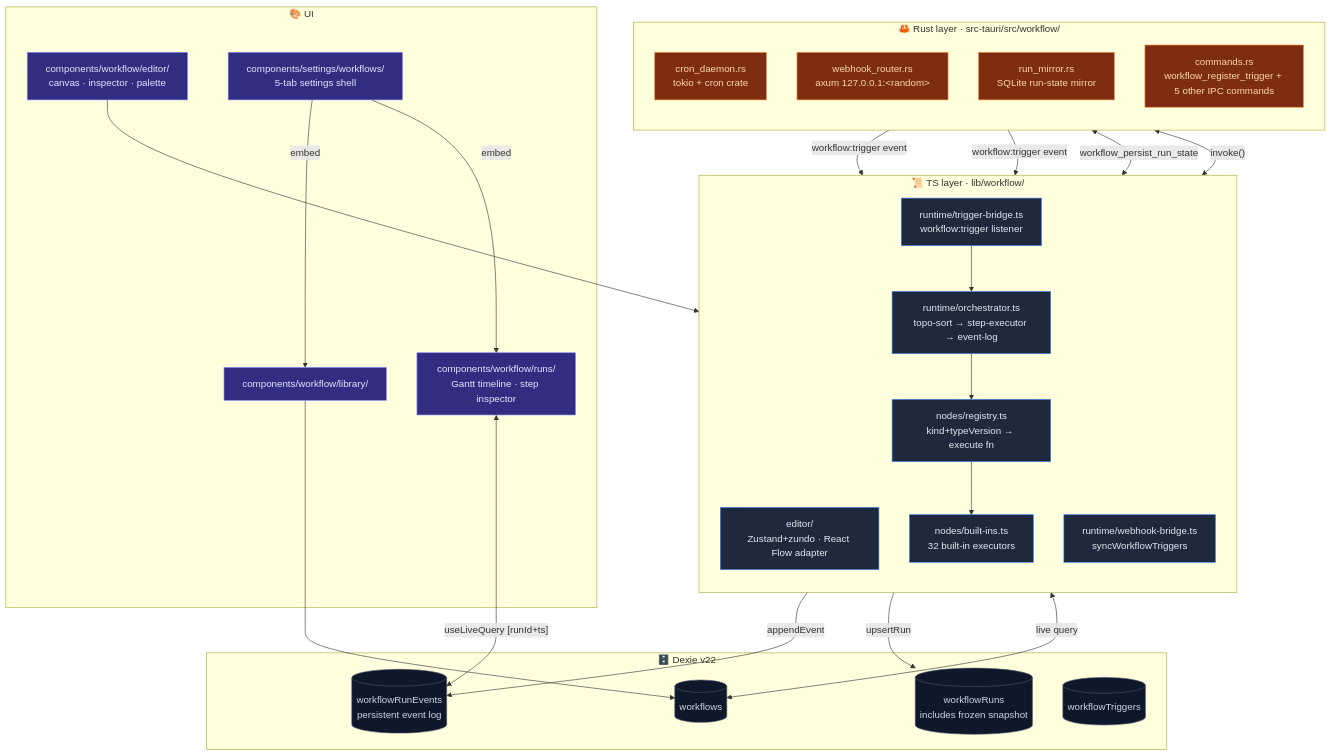
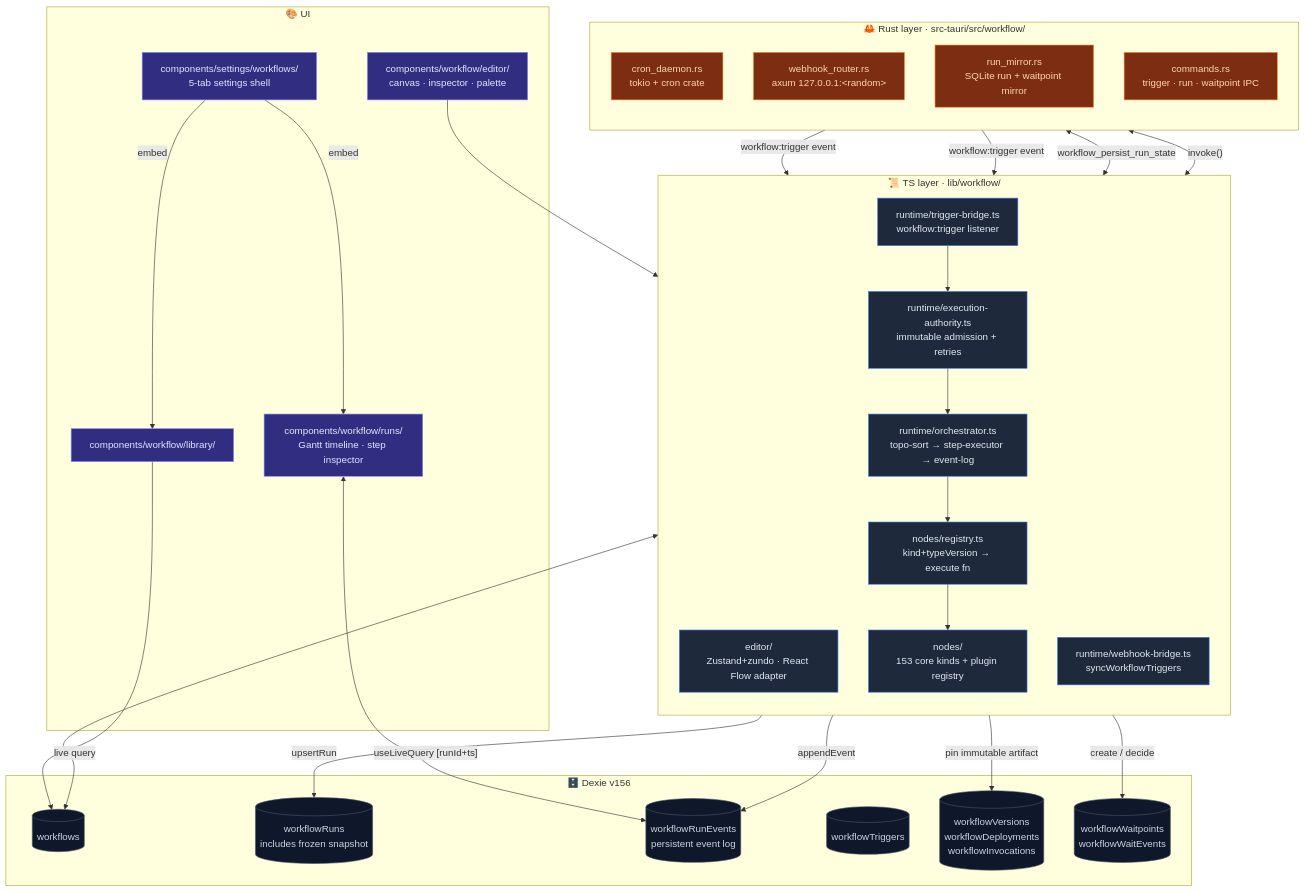
The first of 2 diagrams in docs/content/docs/en/subsystems/visual-workflows.mdx (MaxQian888/cognia-next), drawn with Mermaid before and after one commit. The commit also changed other lines of this file and 93 other files, not shown here.

First line of the commit message:
feat(workflow): persist governed execution state

````diff
--- a/docs/content/docs/en/subsystems/visual-workflows.mdx
+++ b/docs/content/docs/en/subsystems/visual-workflows.mdx
@@ -52,61 +55,67 @@
 ```mermaid
 flowchart TB
   subgraph Rust["🦀 Rust layer · src-tauri/src/workflow/"]
     direction TB
     Cron[cron_daemon.rs<br/>tokio + cron crate]
     Webhook[webhook_router.rs<br/>axum 127.0.0.1:&lt;random&gt;]
-    Mirror[run_mirror.rs<br/>SQLite run-state mirror]
-    Commands[commands.rs<br/>workflow_register_trigger + 5 other IPC commands]
+    Mirror[run_mirror.rs<br/>SQLite run + waitpoint mirror]
+    Commands[commands.rs<br/>trigger · run · waitpoint IPC]
   end
 
   subgraph TS["📜 TS layer · lib/workflow/"]
     direction TB
     Editor[editor/<br/>Zustand+zundo · React Flow adapter]
     Orchestrator[runtime/orchestrator.ts<br/>topo-sort → step-executor → event-log]
+    Authority[runtime/execution-authority.ts<br/>immutable admission + retries]
     Registry[nodes/registry.ts<br/>kind+typeVersion → execute fn]
-    BuiltIns[nodes/built-ins.ts<br/>32 built-in executors]
+    BuiltIns[nodes/<br/>153 core kinds + plugin registry]
     Bridge[runtime/trigger-bridge.ts<br/>workflow:trigger listener]
     WebhookBridge[runtime/webhook-bridge.ts<br/>syncWorkflowTriggers]
   end
 
-  subgraph Storage["🗄️ Dexie v22"]
+  subgraph Storage["🗄️ Dexie v156"]
     Workflows[(workflows)]
     Runs[(workflowRuns<br/>includes frozen snapshot)]
     Events[(workflowRunEvents<br/>persistent event log)]
     Triggers[(workflowTriggers)]
+    Versions[(workflowVersions<br/>workflowDeployments<br/>workflowInvocations)]
+    Waitpoints[(workflowWaitpoints<br/>workflowWaitEvents)]
   end
 
   subgraph UI["🎨 UI"]
     Canvas[components/workflow/editor/<br/>canvas · inspector · palette]
     Library[components/workflow/library/]
     Runs2[components/workflow/runs/<br/>Gantt timeline · step inspector]
     Settings[components/settings/workflows/<br/>5-tab settings shell]
   end
 
   Cron -- "workflow:trigger event" --> Bridge
   Webhook -- "workflow:trigger event" --> Bridge
   Mirror <-- "workflow_persist_run_state" --> Orchestrator
   Commands <-- "invoke()" --> WebhookBridge
 
-  Bridge --> Orchestrator
+  Bridge --> Authority
+  Authority --> Orchestrator
   Orchestrator --> Registry
   Registry --> BuiltIns
   Orchestrator -- "appendEvent" --> Events
   Orchestrator -- "upsertRun" --> Runs
+  Authority -- "pin immutable artifact" --> Versions
+  Orchestrator -- "create / decide" --> Waitpoints
   Editor <-- "live query" --> Workflows
   Runs2 <-- "useLiveQuery [runId+ts]" --> Events
 
   Canvas --> Editor
   Library --> Workflows
   Settings -- "embed" --> Library
   Settings -- "embed" --> Runs2
 
   classDef rust fill:#7c2d12,stroke:#fb923c,color:#fed7aa
   classDef ts fill:#1e293b,stroke:#3b82f6,color:#e2e8f0
   classDef storage fill:#0f172a,stroke:#475569,color:#cbd5e1
   classDef ui fill:#312e81,stroke:#818cf8,color:#e0e7ff
   class Cron,Webhook,Mirror,Commands rust
-  class Editor,Orchestrator,Registry,BuiltIns,Bridge,WebhookBridge ts
-  class Workflows,Runs,Events,Triggers storage
+  class Editor,Authority,Orchestrator,Registry,BuiltIns,Bridge,WebhookBridge ts
+  class Workflows,Runs,Events,Triggers,Versions,Waitpoints storage
   class Canvas,Library,Runs2,Settings ui
 ```
````
